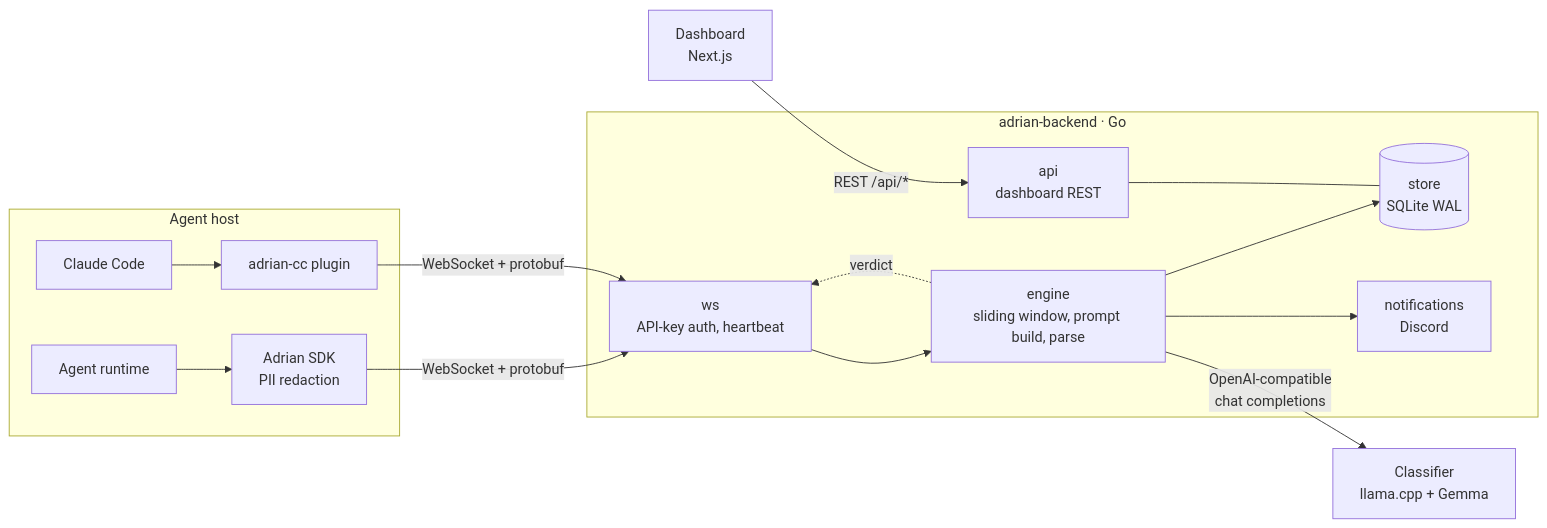
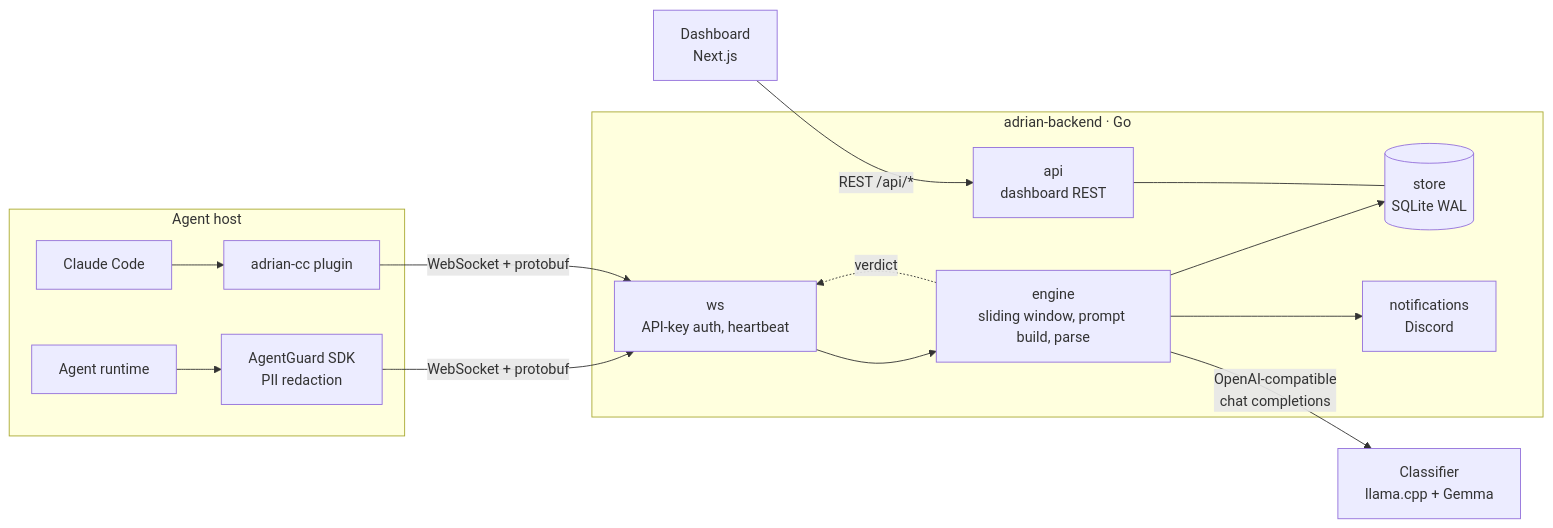
One commit to MeAkash77/AgentGuard-AI-Agent-Runtime-Security-Policy-Enforcement-Platform changed the second of 2 diagrams in README.md. Above: the diagram before and after it, drawn with Mermaid. The commit also changed other lines of this file, not shown here.

````diff
--- a/README.md
+++ b/README.md
@@ -205,21 +201,21 @@
 ```mermaid
 flowchart LR
     subgraph Agent host
-        AG[Agent runtime] --> SDK[Adrian SDK<br/>PII redaction]
+        AG[Agent runtime] --> SDK[AgentGuard SDK<br/>PII redaction]
         CC[Claude Code] --> PLG[adrian-cc plugin]
     end
 
     SDK -- "WebSocket + protobuf" --> WS
     PLG -- "WebSocket + protobuf" --> WS
 
     subgraph Backend [adrian-backend · Go]
         WS[ws<br/>API-key auth, heartbeat] --> ENG[engine<br/>sliding window, prompt build, parse]
         ENG --> ST[(store<br/>SQLite WAL)]
         ENG --> NOTE[notifications<br/>Discord]
         API[api<br/>dashboard REST] --- ST
     end
 
     ENG -- "OpenAI-compatible<br/>chat completions" --> LLM[Classifier<br/>llama.cpp + Gemma]
     ENG -. "verdict" .-> WS
     UI[Dashboard<br/>Next.js] -- "REST /api/*" --> API
 ```
````
